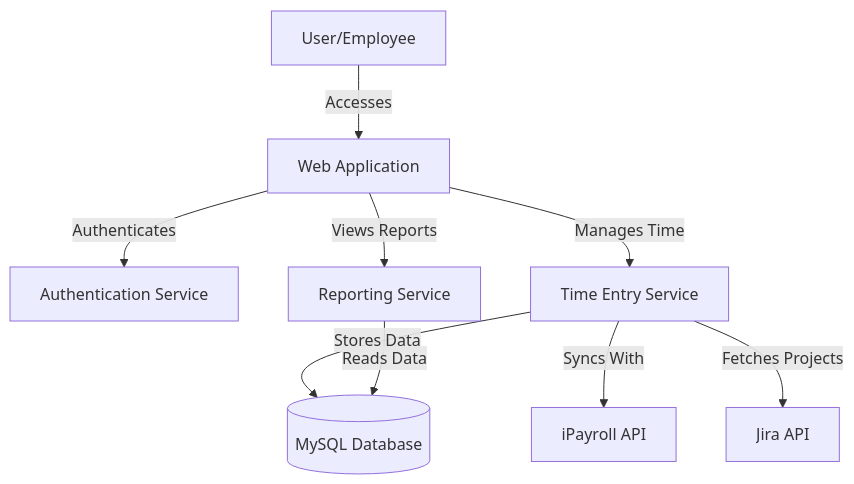
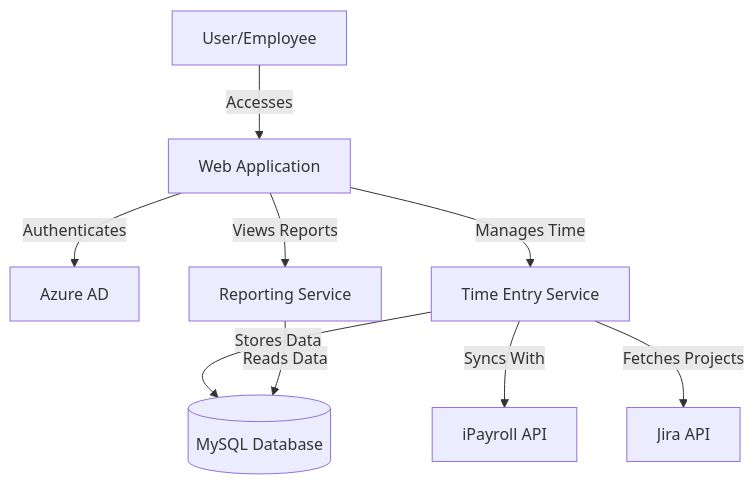
Before and after one commit to malinmalliyawadu/CapDevReporter: the first of 8 diagrams in ARCHITECTURE.md, drawn with Mermaid. The commit also changed other lines of this file, not shown here.

First line of the commit message:
docs: Update ARCHITECTURE.md with detailed authentication flow and security considerations

````diff
--- a/ARCHITECTURE.md
+++ b/ARCHITECTURE.md
@@ -9,11 +9,11 @@
 ```mermaid
 graph TD
     User[User/Employee] -->|Accesses| WebApp[Web Application]
-    WebApp -->|Authenticates| Auth[Authentication Service]
+    WebApp -->|Authenticates| Auth[Azure AD]
     WebApp -->|Manages Time| TimeEntry[Time Entry Service]
     WebApp -->|Views Reports| Reports[Reporting Service]
     TimeEntry -->|Stores Data| DB[(MySQL Database)]
     TimeEntry -->|Syncs With| iPayroll[iPayroll API]
     TimeEntry -->|Fetches Projects| Jira[Jira API]
     Reports -->|Reads Data| DB
 ```
````
